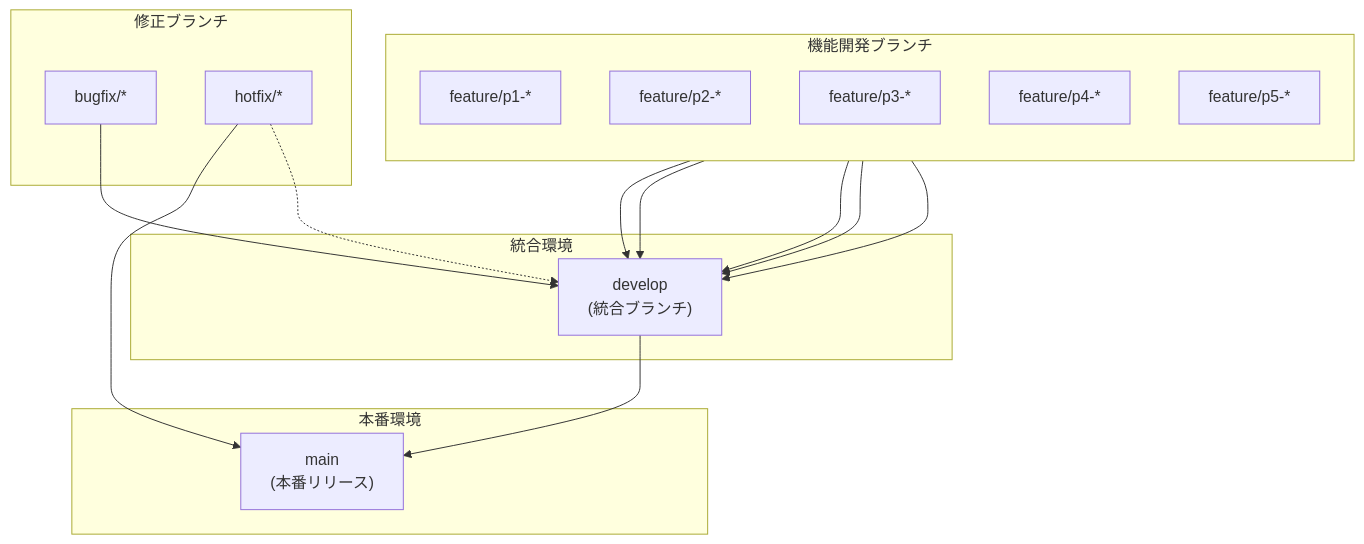
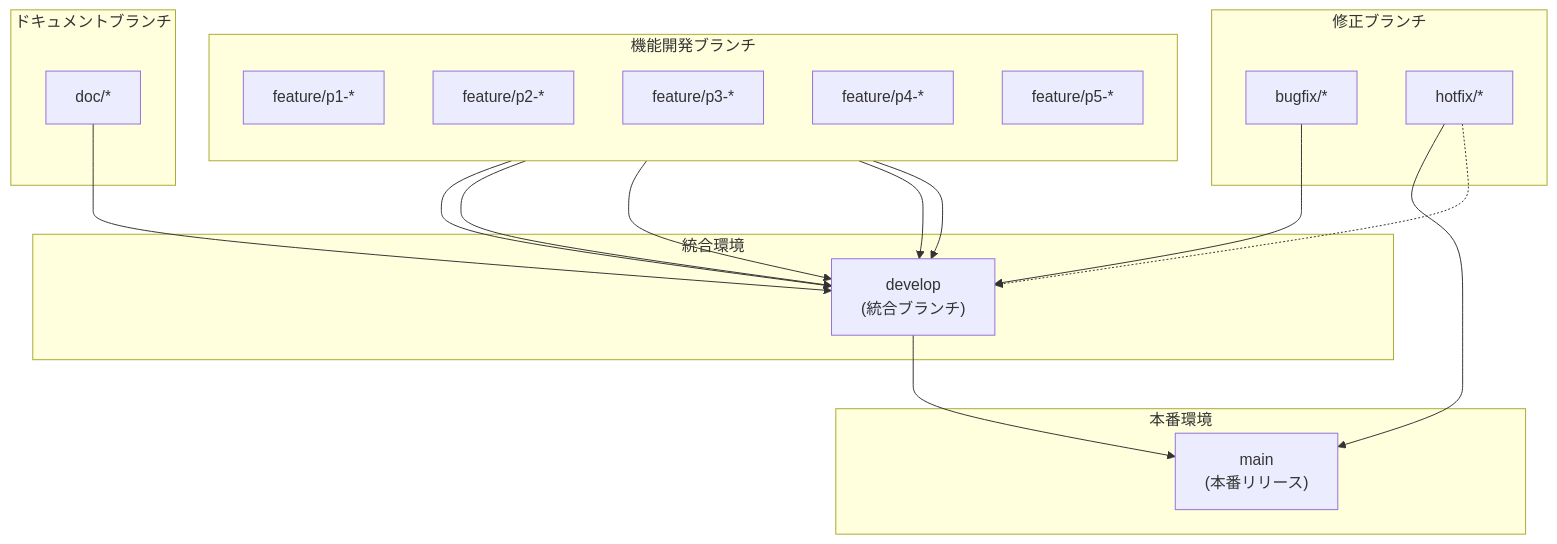
The seventh of 11 diagrams in new-spec/05_implementation_plan.md (no-problem-dev/markdown-live-viewer), drawn with Mermaid before and after one commit. The commit also changed other lines of this file, not shown here.

````diff
--- a/new-spec/05_implementation_plan.md
+++ b/new-spec/05_implementation_plan.md
@@ -389,34 +389,39 @@
 ```mermaid
 flowchart TB
     subgraph Production["本番環境"]
         main["main<br/>(本番リリース)"]
     end
 
     subgraph Integration["統合環境"]
         develop["develop<br/>(統合ブランチ)"]
     end
 
     subgraph Features["機能開発ブランチ"]
         direction TB
         f1["feature/p1-*"]
         f2["feature/p2-*"]
         f3["feature/p3-*"]
         f4["feature/p4-*"]
         f5["feature/p5-*"]
     end
 
+    subgraph Documentation["ドキュメントブランチ"]
+        doc["doc/*"]
+    end
+
     subgraph Fixes["修正ブランチ"]
         bugfix["bugfix/*"]
         hotfix["hotfix/*"]
     end
 
     f1 --> develop
     f2 --> develop
     f3 --> develop
     f4 --> develop
     f5 --> develop
+    doc --> develop
     bugfix --> develop
     develop --> main
     hotfix --> main
     hotfix -.-> develop
 ```
````
